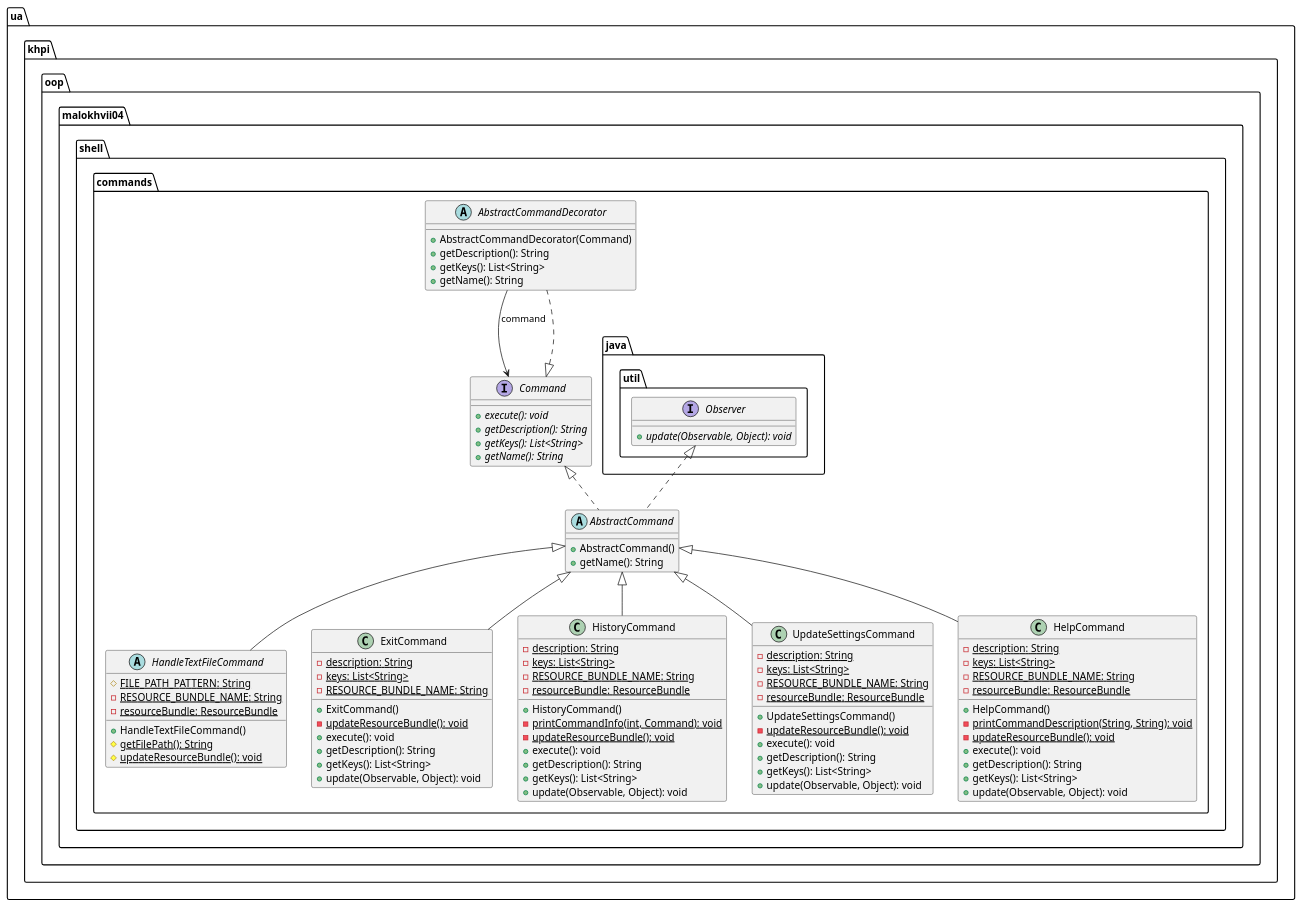
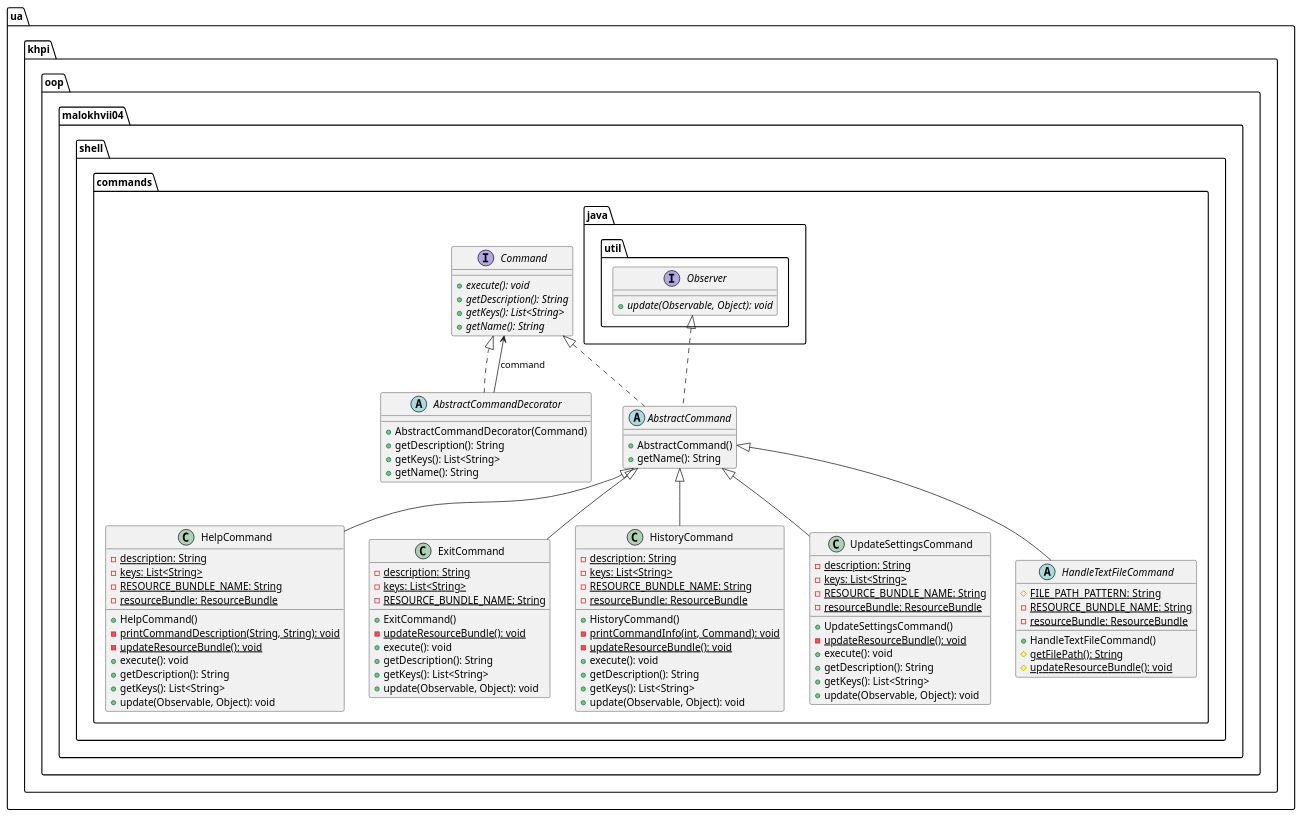
One commit to P-Kalin/kit26a changed the diagram in malokhvii-eduard/malokhvii04/doc/plantuml/ua/khpi/oop/malokhvii04/shell/commands/package.puml. Above: the diagram before and after it, drawn with PlantUML. The commit also changed other lines of this file and 37 other files, not shown here.

Commit message:
#1, #3 malokhvii04: update graphs

```diff
--- a/malokhvii-eduard/malokhvii04/doc/plantuml/ua/khpi/oop/malokhvii04/shell/commands/package.puml
+++ b/malokhvii-eduard/malokhvii04/doc/plantuml/ua/khpi/oop/malokhvii04/shell/commands/package.puml
@@ -1,109 +1,109 @@
 @startuml
 
     namespace ua.khpi.oop.malokhvii04.shell.commands {
 
-        abstract class AbstractCommandDecorator {
-            +AbstractCommandDecorator(Command)
+        interface Command {
+            {abstract} +execute(): void
+            {abstract} +getDescription(): String
+            {abstract} +getKeys(): List<String>
+            {abstract} +getName(): String
+        }
+
+        class HelpCommand {
+            {static} -description: String
+            {static} -keys: List<String>
+            {static} -RESOURCE_BUNDLE_NAME: String
+            {static} -resourceBundle: ResourceBundle
+            +HelpCommand()
+            {static} -printCommandDescription(String, String): void
+            {static} -updateResourceBundle(): void
+            +execute(): void
             +getDescription(): String
             +getKeys(): List<String>
-            +getName(): String
-        }
-
-        abstract class HandleTextFileCommand {
-            {static} #FILE_PATH_PATTERN: String
-            {static} -RESOURCE_BUNDLE_NAME: String
-            {static} -resourceBundle: ResourceBundle
-            +HandleTextFileCommand()
-            {static} #getFilePath(): String
-            {static} #updateResourceBundle(): void
+            +update(Observable, Object): void
         }
 
         class ExitCommand {
             {static} -description: String
             {static} -keys: List<String>
             {static} -RESOURCE_BUNDLE_NAME: String
             +ExitCommand()
             {static} -updateResourceBundle(): void
             +execute(): void
             +getDescription(): String
             +getKeys(): List<String>
             +update(Observable, Object): void
+        }
+
+        abstract class AbstractCommand {
+            +AbstractCommand()
+            +getName(): String
         }
 
         class HistoryCommand {
             {static} -description: String
             {static} -keys: List<String>
             {static} -RESOURCE_BUNDLE_NAME: String
             {static} -resourceBundle: ResourceBundle
             +HistoryCommand()
             {static} -printCommandInfo(int, Command): void
             {static} -updateResourceBundle(): void
             +execute(): void
             +getDescription(): String
             +getKeys(): List<String>
             +update(Observable, Object): void
         }
 
-        interface Command {
-            {abstract} +execute(): void
-            {abstract} +getDescription(): String
-            {abstract} +getKeys(): List<String>
-            {abstract} +getName(): String
-        }
-
         class UpdateSettingsCommand {
             {static} -description: String
             {static} -keys: List<String>
             {static} -RESOURCE_BUNDLE_NAME: String
             {static} -resourceBundle: ResourceBundle
             +UpdateSettingsCommand()
             {static} -updateResourceBundle(): void
             +execute(): void
             +getDescription(): String
             +getKeys(): List<String>
             +update(Observable, Object): void
         }
 
-        abstract class AbstractCommand {
-            +AbstractCommand()
+        abstract class HandleTextFileCommand {
+            {static} #FILE_PATH_PATTERN: String
+            {static} -RESOURCE_BUNDLE_NAME: String
+            {static} -resourceBundle: ResourceBundle
+            +HandleTextFileCommand()
+            {static} #getFilePath(): String
+            {static} #updateResourceBundle(): void
+        }
+
+        abstract class AbstractCommandDecorator {
+            +AbstractCommandDecorator(Command)
+            +getDescription(): String
+            +getKeys(): List<String>
             +getName(): String
         }
 
-        class HelpCommand {
-            {static} -description: String
-            {static} -keys: List<String>
-            {static} -RESOURCE_BUNDLE_NAME: String
-            {static} -resourceBundle: ResourceBundle
-            +HelpCommand()
-            {static} -printCommandDescription(String, String): void
-            {static} -updateResourceBundle(): void
-            +execute(): void
-            +getDescription(): String
-            +getKeys(): List<String>
-            +update(Observable, Object): void
-        }
-
-        Command <|.. AbstractCommandDecorator
-
-        AbstractCommand <|-- HandleTextFileCommand
+        AbstractCommand <|-- HelpCommand
 
         AbstractCommand <|-- ExitCommand
-
-        AbstractCommand <|-- HistoryCommand
-
-        AbstractCommand <|-- UpdateSettingsCommand
 
         Command <|.. AbstractCommand
 
         interface java.util.Observer {
             {abstract} +update(Observable, Object): void
         }
         java.util.Observer <|.. AbstractCommand
 
-        AbstractCommand <|-- HelpCommand
+        AbstractCommand <|-- HistoryCommand
+
+        AbstractCommand <|-- UpdateSettingsCommand
+
+        AbstractCommand <|-- HandleTextFileCommand
+
+        Command <|.. AbstractCommandDecorator
 
         AbstractCommandDecorator --> Command: command
 
     }
 
 @enduml
```
